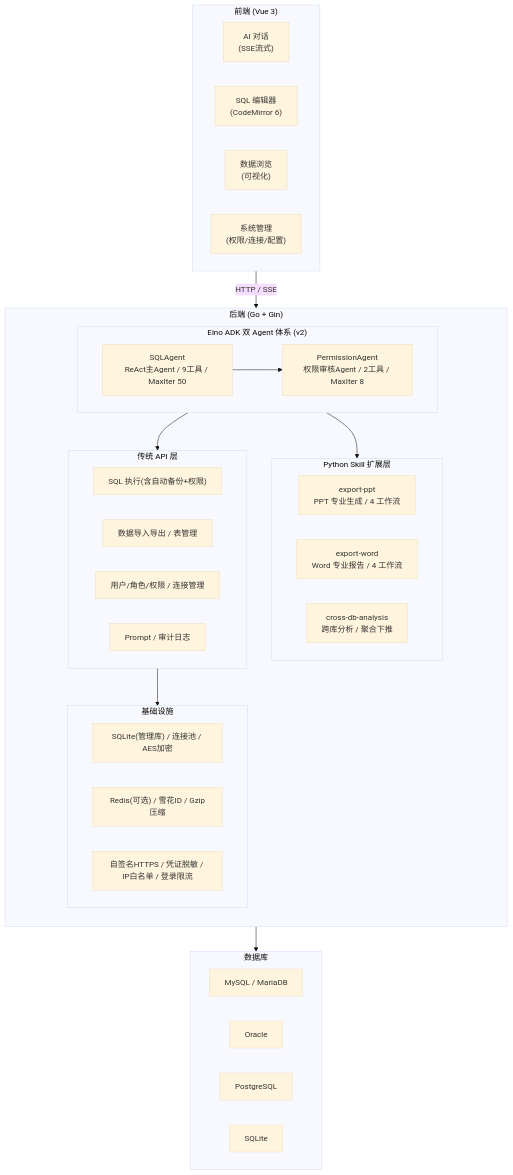
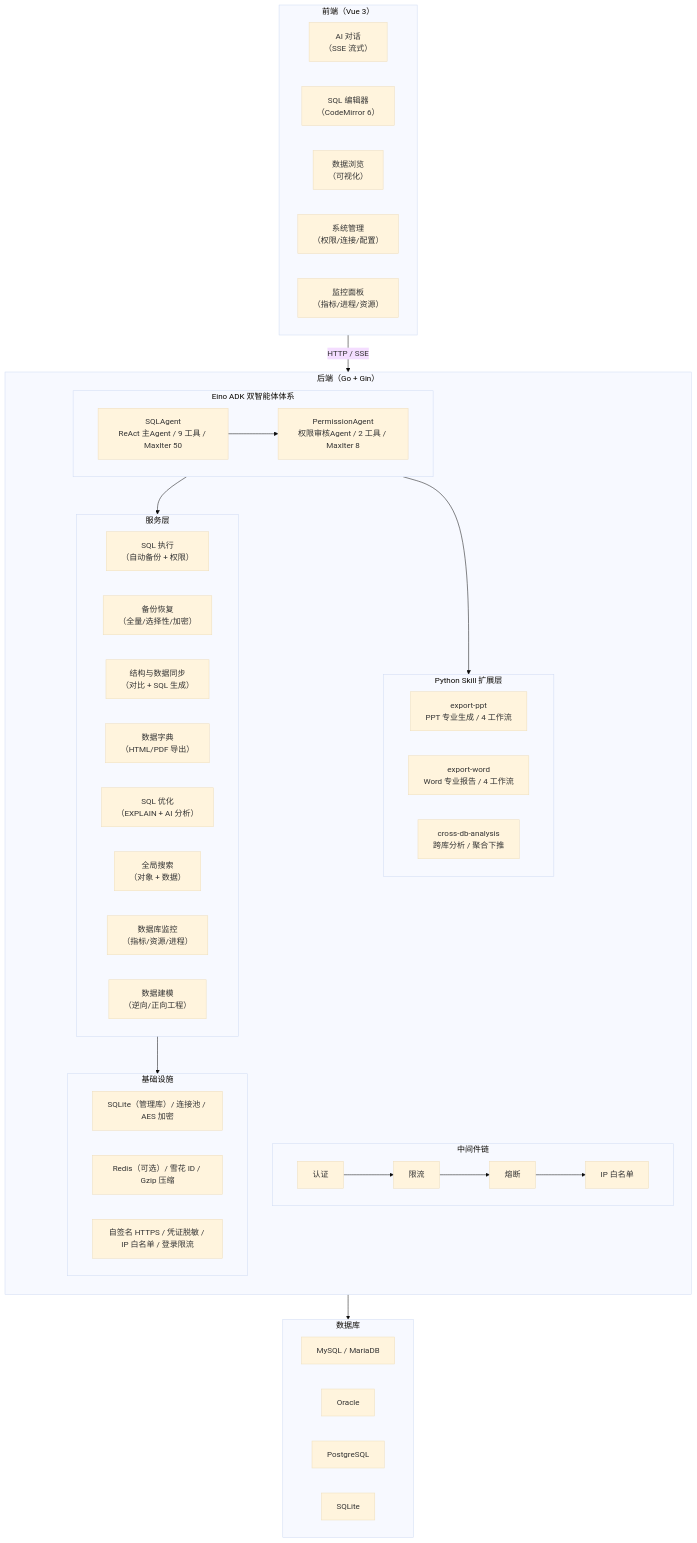
One commit to zdtjss/websql changed the sixth of 6 diagrams in README.md. Above: the diagram before and after it, drawn with Mermaid (base theme). The commit also changed other lines of this file, not shown here.

````diff
--- a/README.md
+++ b/README.md
@@ -303,53 +358,66 @@
 ```mermaid
 flowchart TB
-    subgraph Frontend["前端 (Vue 3)"]
+    subgraph Frontend["前端（Vue 3）"]
         direction LR
-        F1["AI 对话<br/>(SSE流式)"]
-        F2["SQL 编辑器<br/>(CodeMirror 6)"]
-        F3["数据浏览<br/>(可视化)"]
-        F4["系统管理<br/>(权限/连接/配置)"]
+        F1["AI 对话<br/>（SSE 流式）"]
+        F2["SQL 编辑器<br/>（CodeMirror 6）"]
+        F3["数据浏览<br/>（可视化）"]
+        F4["系统管理<br/>（权限/连接/配置）"]
+        F5["监控面板<br/>（指标/进程/资源）"]
     end
 
     Frontend -->|"HTTP / SSE"| Backend
 
-    subgraph Backend["后端 (Go + Gin)"]
+    subgraph Backend["后端（Go + Gin）"]
         direction TB
-        subgraph Agent["Eino ADK 双 Agent 体系 (v2)"]
+        subgraph MiddlewareLayer["中间件链"]
             direction LR
-            A1["SQLAgent<br/>ReAct主Agent / 9工具 / MaxIter 50"]
-            A2["PermissionAgent<br/>权限审核Agent / 2工具 / MaxIter 8"]
+            MW1["认证"]
+            MW2["限流"]
+            MW3["熔断"]
+            MW4["IP 白名单"]
+            MW1 --> MW2 --> MW3 --> MW4
+        end
+        subgraph Agent["Eino ADK 双智能体体系"]
+            direction LR
+            A1["SQLAgent<br/>ReAct 主Agent / 9 工具 / MaxIter 50"]
+            A2["PermissionAgent<br/>权限审核Agent / 2 工具 / MaxIter 8"]
             A1 --> A2
         end
         subgraph Skills["Python Skill 扩展层"]
             S1["export-ppt<br/>PPT 专业生成 / 4 工作流"]
             S2["export-word<br/>Word 专业报告 / 4 工作流"]
             S3["cross-db-analysis<br/>跨库分析 / 聚合下推"]
         end
-        subgraph API["传统 API 层"]
+        subgraph Services["服务层"]
             direction LR
-            API1["SQL 执行(含自动备份+权限)"]
-            API2["数据导入导出 / 表管理"]
-            API3["用户/角色/权限 / 连接管理"]
-            API4["Prompt / 审计日志"]
+            SV1["SQL 执行<br/>（自动备份 + 权限）"]
+            SV2["备份恢复<br/>（全量/选择性/加密）"]
+            SV3["结构与数据同步<br/>（对比 + SQL 生成）"]
+            SV4["数据字典<br/>（HTML/PDF 导出）"]
+            SV5["SQL 优化<br/>（EXPLAIN + AI 分析）"]
+            SV6["全局搜索<br/>（对象 + 数据）"]
+            SV7["数据库监控<br/>（指标/资源/进程）"]
+            SV8["数据建模<br/>（逆向/正向工程）"]
         end
         subgraph Infra["基础设施"]
             direction LR
-            I1["SQLite(管理库) / 连接池 / AES加密"]
-            I2["Redis(可选) / 雪花ID / Gzip压缩"]
-            I3["自签名HTTPS / 凭证脱敏 / IP白名单 / 登录限流"]
+            I1["SQLite（管理库）/ 连接池 / AES 加密"]
+            I2["Redis（可选）/ 雪花 ID / Gzip 压缩"]
+            I3["自签名 HTTPS / 凭证脱敏 / IP 白名单 / 登录限流"]
         end
-        Agent --> API
+        Agent --> Services
         Agent --> Skills
-        API --> Infra
+        Services --> Infra
     end
 
     Backend --> DB
 
     subgraph DB["数据库"]
         direction LR
         DB1["MySQL / MariaDB"]
         DB2["Oracle"]
         DB3["PostgreSQL"]
         DB4["SQLite"]
     end
 ```
````
